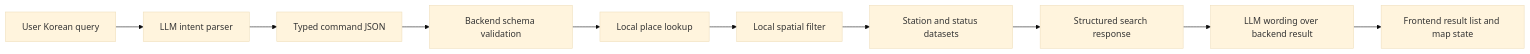
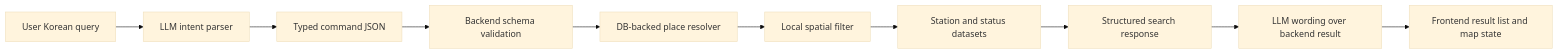
Before and after one commit to wkddns40/chargeflow-kr: the diagram in docs/phase-6c-llm-search.md, drawn with Mermaid (base theme). The commit also changed other lines of this file and 17 other files, not shown here.

Commit message:
feat(search): add DB-backed place search

````diff
--- a/docs/phase-6c-llm-search.md
+++ b/docs/phase-6c-llm-search.md
@@ -67,12 +68,12 @@
 ```mermaid
 flowchart LR
     user[User Korean query] --> llm[LLM intent parser]
     llm --> command[Typed command JSON]
     command --> validator[Backend schema validation]
-    validator --> geocode[Local place lookup]
+    validator --> geocode[DB-backed place resolver]
     geocode --> spatial[Local spatial filter]
     spatial --> station_api[Station and status datasets]
     station_api --> response[Structured search response]
     response --> llm_summary[LLM wording over backend result]
     llm_summary --> ui[Frontend result list and map state]
 ```
````
